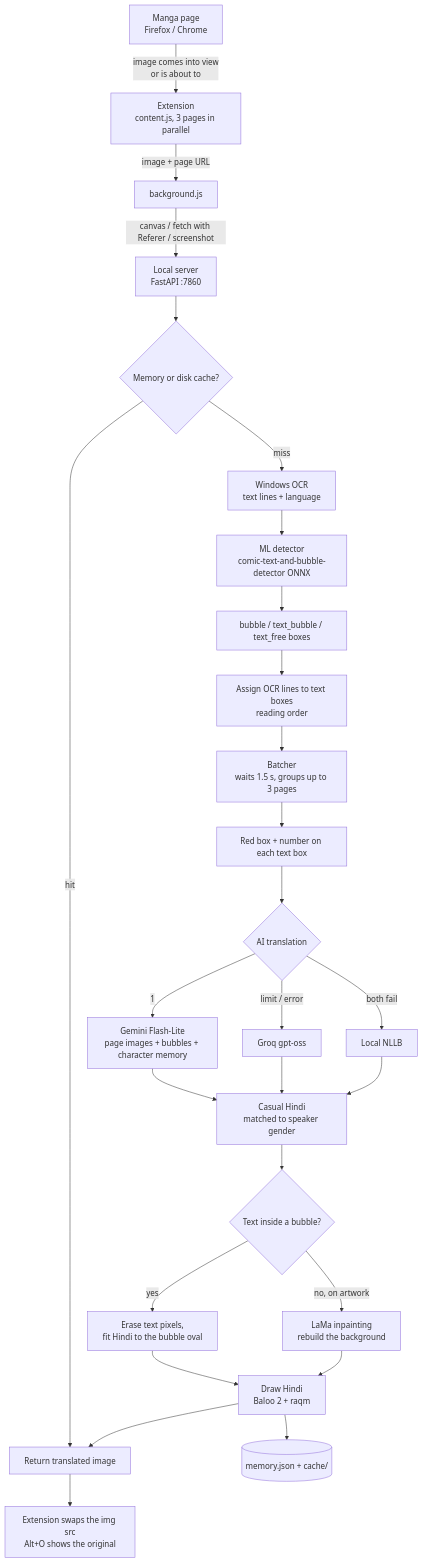
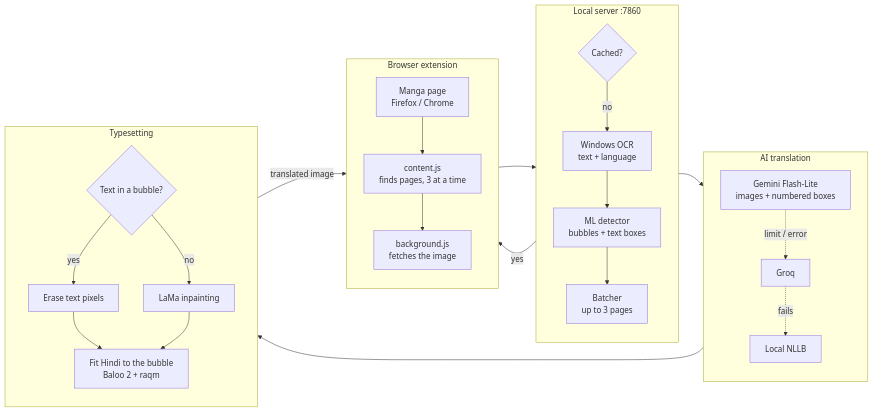
The diagram in README.md (jitendra205saini/Manga-Translator), drawn with Mermaid before and after one commit. The commit also changed other lines of this file and 1 other file, not shown here.

Commit message:
README: compact flowchart

````diff
--- a/README.md
+++ b/README.md
@@ -65,33 +65,35 @@
 ```mermaid
-flowchart TD
-    A[Manga page<br/>Firefox / Chrome] -->|image comes into view<br/>or is about to| B[Extension<br/>content.js, 3 pages in parallel]
-    B -->|image + page URL| C[background.js]
-    C -->|canvas / fetch with Referer / screenshot| D[Local server<br/>FastAPI :7860]
+flowchart LR
+    subgraph B[Browser extension]
+        direction TB
+        B1[Manga page<br/>Firefox / Chrome] --> B2[content.js<br/>finds pages, 3 at a time]
+        B2 --> B3[background.js<br/>fetches the image]
+    end
 
-    D --> E{Memory or disk cache?}
-    E -->|hit| R[Return translated image]
-    E -->|miss| F[Windows OCR<br/>text lines + language]
+    subgraph S[Local server :7860]
+        direction TB
+        S1{Cached?} -->|no| S2[Windows OCR<br/>text + language]
+        S2 --> S3[ML detector<br/>bubbles + text boxes]
+        S3 --> S4[Batcher<br/>up to 3 pages]
+    end
 
-    F --> G[ML detector<br/>comic-text-and-bubble-detector ONNX]
-    G --> G1[bubble / text_bubble / text_free boxes]
-    G1 --> H[Assign OCR lines to text boxes<br/>reading order]
+    subgraph A[AI translation]
+        direction TB
+        A1[Gemini Flash-Lite<br/>images + numbered boxes] -.->|limit / error| A2[Groq]
+        A2 -.->|fails| A3[Local NLLB]
+    end
 
-    H --> I[Batcher<br/>waits 1.5 s, groups up to 3 pages]
-    I --> L[Red box + number on each text box]
-    L --> M{AI translation}
-    M -->|1| M1[Gemini Flash-Lite<br/>page images + bubbles + character memory]
-    M -->|limit / error| M2[Groq gpt-oss]
-    M -->|both fail| M3[Local NLLB]
-    M1 --> N
-    M2 --> N
-    M3 --> N
+    subgraph R[Typesetting]
+        direction TB
+        R1{Text in a bubble?} -->|yes| R2[Erase text pixels]
+        R1 -->|no| R3[LaMa inpainting]
+        R2 --> R4[Fit Hindi to the bubble<br/>Baloo 2 + raqm]
+        R3 --> R4
+    end
 
-    N[Casual Hindi<br/>matched to speaker gender] --> O{Text inside a bubble?}
-    O -->|yes| O1[Erase text pixels,<br/>fit Hindi to the bubble oval]
-    O -->|no, on artwork| O2[LaMa inpainting<br/>rebuild the background]
-    O1 --> P[Draw Hindi<br/>Baloo 2 + raqm]
-    O2 --> P
-    P --> Q[(memory.json + cache/)]
-    P --> R
-    R --> S[Extension swaps the img src<br/>Alt+O shows the original]
+    B3 --> S1
+    S4 --> A1
+    A1 --> R1
+    R4 -->|translated image| B1
+    S1 -->|yes| B1
 ```
````
